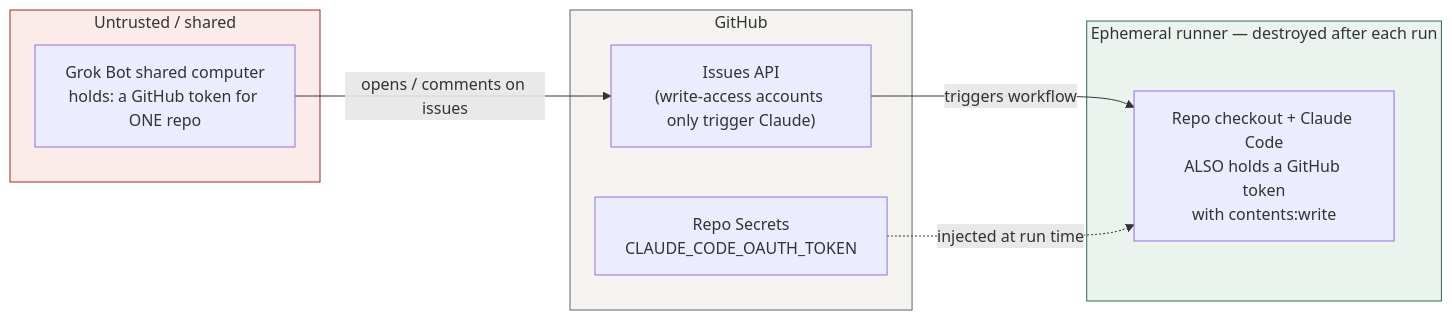
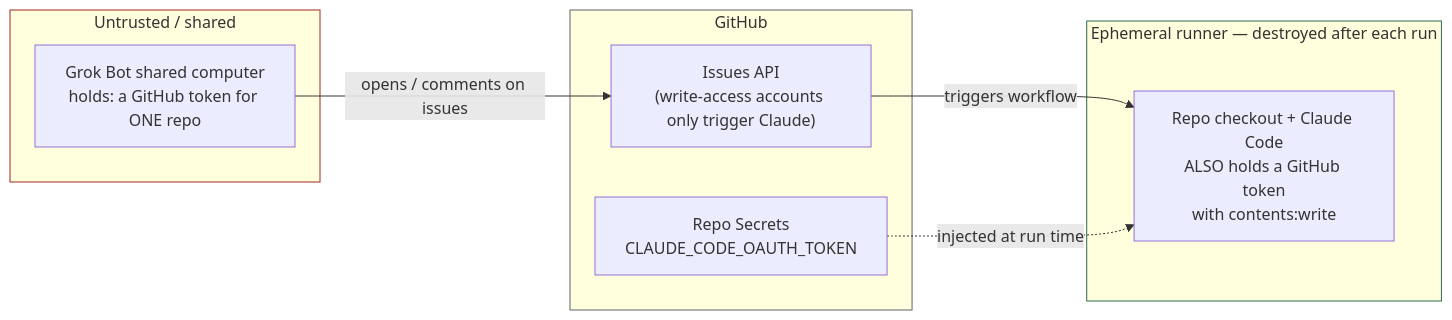
One commit to mathew-builds/Handoff changed the fourth of 4 diagrams in docs/01-architecture.md. Above: the diagram before and after it, drawn with Mermaid. The commit also changed other lines of this file and 6 other files, not shown here.

First line of the commit message:
fix: hard-coded Mermaid colours are unreadable in dark mode, including one I added today

````diff
--- a/docs/01-architecture.md
+++ b/docs/01-architecture.md
@@ -145,19 +145,19 @@
 ```mermaid
 flowchart LR
     subgraph U["Untrusted / shared"]
         GBVM["Grok Bot shared computer<br/>holds: a GitHub token for ONE repo"]
     end
     subgraph G["GitHub"]
         ISSUES["Issues API<br/>(write-access accounts only trigger Claude)"]
         SECRETS["Repo Secrets<br/>CLAUDE_CODE_OAUTH_TOKEN"]
     end
     subgraph T["Ephemeral runner — destroyed after each run"]
         RUNNER["Repo checkout + Claude Code<br/>ALSO holds a GitHub token<br/>with contents:write"]
     end
     GBVM -- "opens / comments on issues" --> ISSUES
     ISSUES -- "triggers workflow" --> RUNNER
     SECRETS -. "injected at run time" .-> RUNNER
-    style U fill:#FBECEA,stroke:#A02B20
-    style G fill:#F5F3EF,stroke:#5C626B
-    style T fill:#EAF3EE,stroke:#2C6B4F
+    style U stroke:#A02B20
+    style G stroke:#5C626B
+    style T stroke:#2C6B4F
 ```
````
